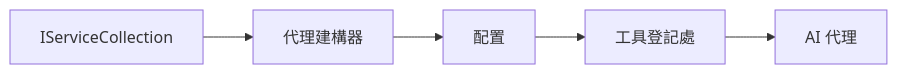
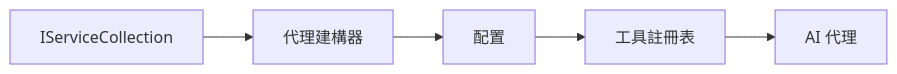
The diagram in translations/zh-HK/03-agentic-design-patterns/code_samples/03-dotnet-agent-framework.md (venturemavenwill/azureaifundamentals), drawn with Mermaid before and after one commit. The commit also changed other lines of this file and 2002 other files, not shown here.

````diff
--- a/translations/zh-HK/03-agentic-design-patterns/code_samples/03-dotnet-agent-framework.md
+++ b/translations/zh-HK/03-agentic-design-patterns/code_samples/03-dotnet-agent-framework.md
@@ -41,7 +41,7 @@
 ```mermaid
 graph LR
     A[IServiceCollection] --> B[代理建構器]
     B --> C[配置]
-    C --> D[工具登記處]
+    C --> D[工具註冊表]
     D --> E[AI 代理]
 ```
````
